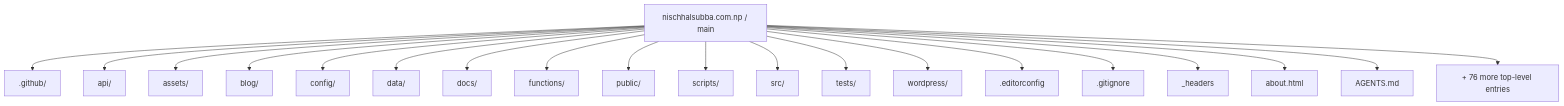
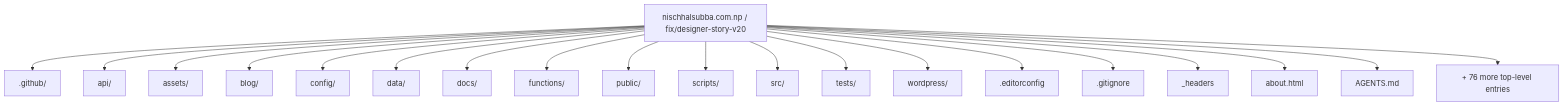
The first of 8 diagrams in README.md (Nischhalsubba/nischhalsubba.com.np), drawn with Mermaid before and after one commit. The commit also changed other lines of this file, not shown here.

Commit message:
docs: apply designer README standard

````diff
--- a/README.md
+++ b/README.md
@@ -58,23 +58,23 @@
 ```mermaid
 flowchart TD
-    ROOT["nischhalsubba.com.np / main"]
+    ROOT["nischhalsubba.com.np / fix/designer-story-v20"]
     ROOT --> P0[".github/"]
     ROOT --> P1["api/"]
     ROOT --> P2["assets/"]
     ROOT --> P3["blog/"]
     ROOT --> P4["config/"]
     ROOT --> P5["data/"]
     ROOT --> P6["docs/"]
     ROOT --> P7["functions/"]
     ROOT --> P8["public/"]
     ROOT --> P9["scripts/"]
     ROOT --> P10["src/"]
     ROOT --> P11["tests/"]
     ROOT --> P12["wordpress/"]
     ROOT --> P13[".editorconfig"]
     ROOT --> P14[".gitignore"]
     ROOT --> P15["_headers"]
     ROOT --> P16["about.html"]
     ROOT --> P17["AGENTS.md"]
     ROOT --> MORE["+ 76 more top-level entries"]
 ```
````
